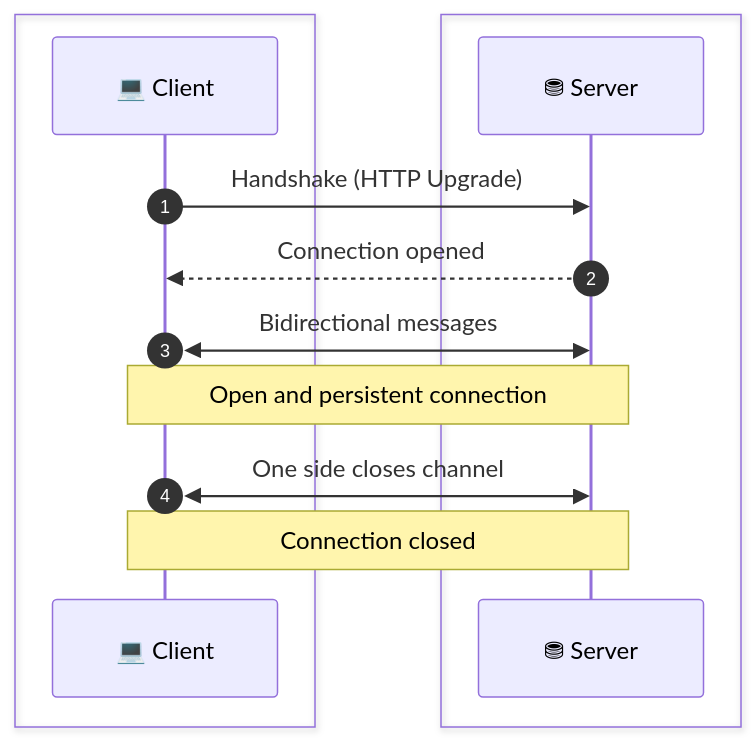
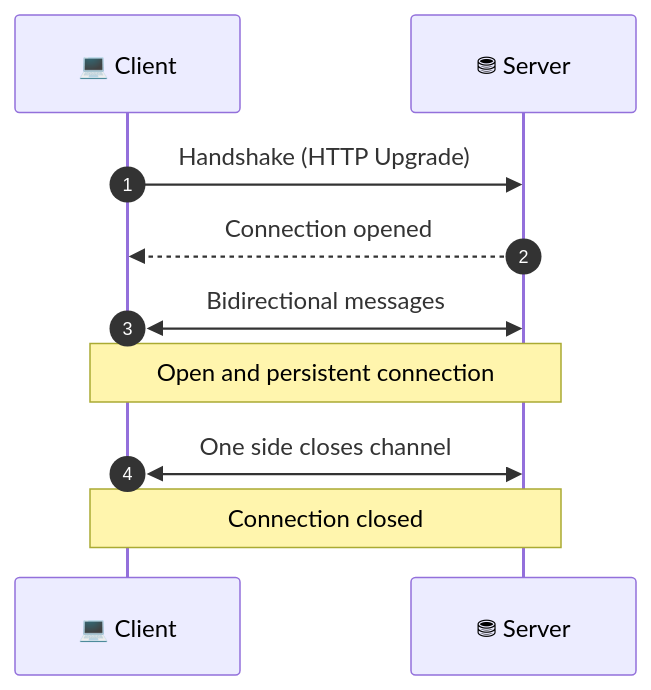
The first of 3 diagrams in README.md (SebastianUrdaneguiBisalaya/building-a-voice-agents-for-forms), drawn with Mermaid before and after one commit. The commit also changed other lines of this file and 2 other files, not shown here.

````diff
--- a/README.md
+++ b/README.md
@@ -94,18 +19,13 @@
 ```mermaid
 sequenceDiagram
     autonumber
-    box
-      participant C as 💻 Client
-    end
-    box
-      participant S as ⛃ Server
-    end
+    participant C as 💻 Client
+    participant S as ⛃ Server
 
     C->>S: Handshake (HTTP Upgrade)
     S-->>C: Connection opened
     C<<->>S: Bidirectional messages
     Note over C,S: Open and persistent connection
     C<<->>S: One side closes channel
     Note over C,S: Connection closed
-
 ```
````
